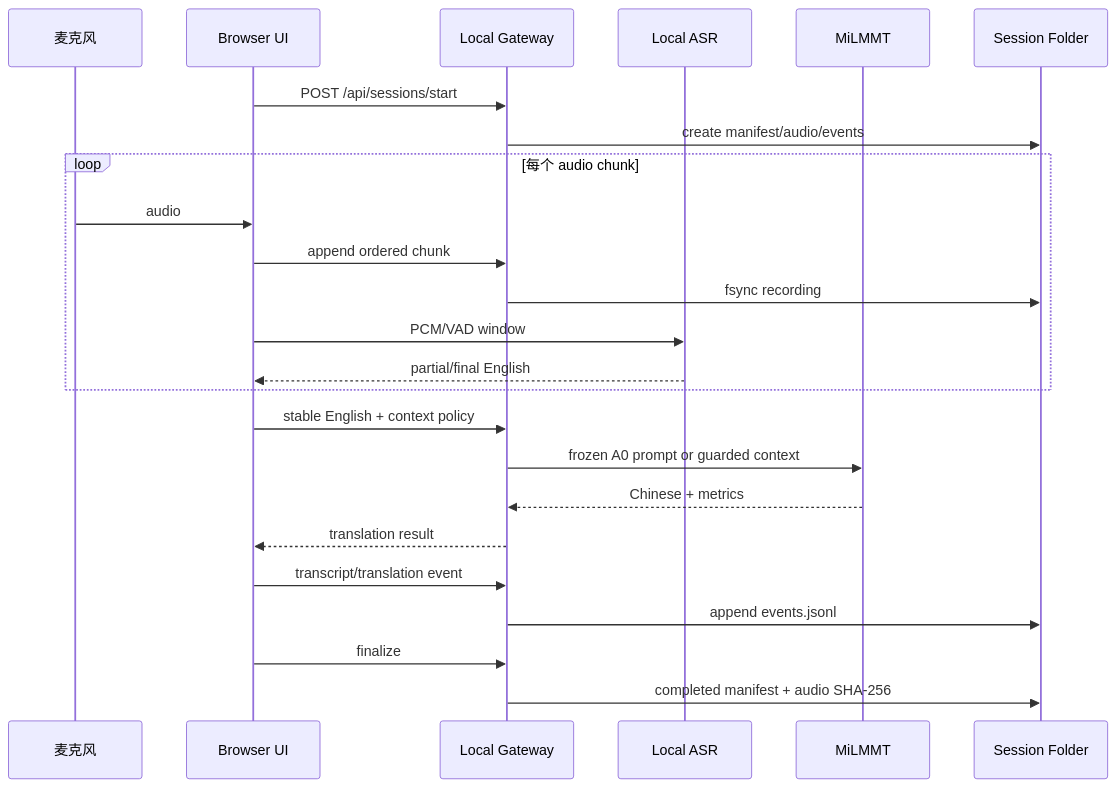
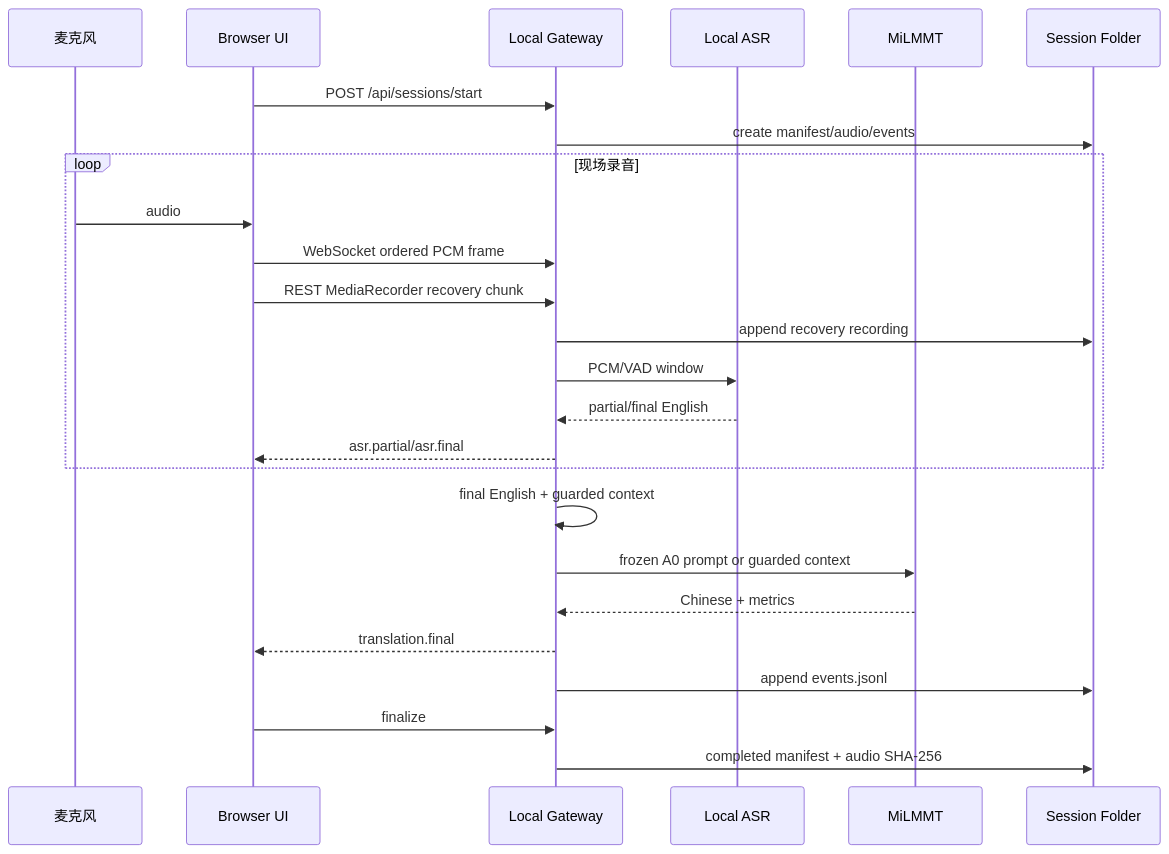
The fourth of 4 diagrams in docs/workflows/README.zh.md (JonathanJing/sermon-video-zh-subtitles), drawn with Mermaid before and after one commit. The commit also changed other lines of this file and 31 other files, not shown here.

````diff
--- a/docs/workflows/README.zh.md
+++ b/docs/workflows/README.zh.md
@@ -132,27 +132,28 @@
 ```mermaid
 sequenceDiagram
     participant Mic as 麦克风
     participant UI as Browser UI
     participant GW as Local Gateway
     participant ASR as Local ASR
     participant MT as MiLMMT
     participant Disk as Session Folder
 
     UI->>GW: POST /api/sessions/start
     GW->>Disk: create manifest/audio/events
-    loop 每个 audio chunk
+    loop 现场录音
         Mic->>UI: audio
-        UI->>GW: append ordered chunk
-        GW->>Disk: fsync recording
-        UI->>ASR: PCM/VAD window
-        ASR-->>UI: partial/final English
+        UI->>GW: WebSocket ordered PCM frame
+        UI->>GW: REST MediaRecorder recovery chunk
+        GW->>Disk: append recovery recording
+        GW->>ASR: PCM/VAD window
+        ASR-->>GW: partial/final English
+        GW-->>UI: asr.partial/asr.final
     end
-    UI->>GW: stable English + context policy
+    GW->>GW: final English + guarded context
     GW->>MT: frozen A0 prompt or guarded context
     MT-->>GW: Chinese + metrics
-    GW-->>UI: translation result
-    UI->>GW: transcript/translation event
+    GW-->>UI: translation.final
     GW->>Disk: append events.jsonl
     UI->>GW: finalize
     GW->>Disk: completed manifest + audio SHA-256
 ```
````
